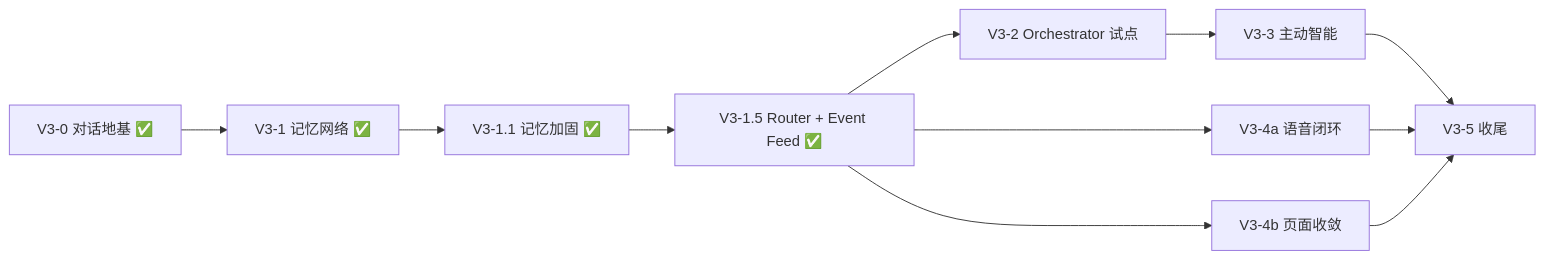
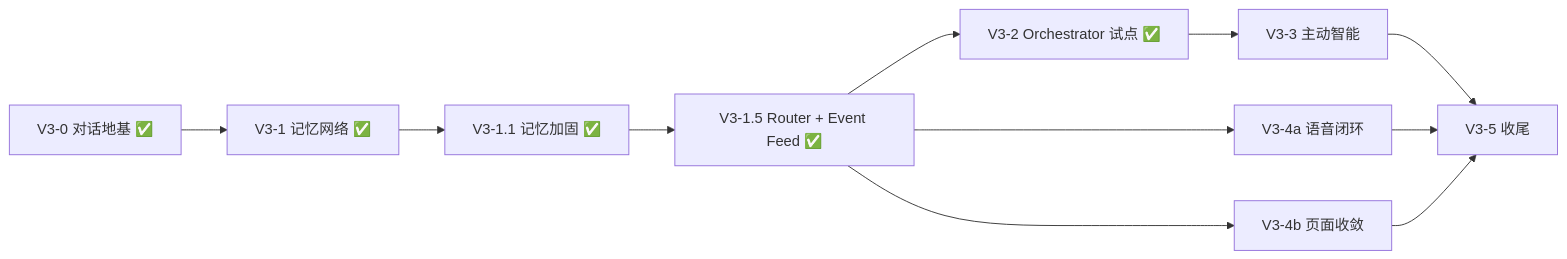
Before and after one commit to Lyb-L-dev/jarvis-os: the second of 2 diagrams in docs/JARVIS_OS_V3_PLAN.md, drawn with Mermaid. The commit also changed other lines of this file and 21 other files, not shown here.

````diff
--- a/docs/JARVIS_OS_V3_PLAN.md
+++ b/docs/JARVIS_OS_V3_PLAN.md
@@ -299,13 +299,13 @@
 ```mermaid
 flowchart LR
     A["V3-0 对话地基 ✅"] --> B["V3-1 记忆网络 ✅"]
     B --> C["V3-1.1 记忆加固 ✅"]
     C --> D["V3-1.5 Router + Event Feed ✅"]
-    D --> E["V3-2 Orchestrator 试点"]
+    D --> E["V3-2 Orchestrator 试点 ✅"]
     E --> F["V3-3 主动智能"]
     D --> G["V3-4a 语音闭环"]
     D --> H["V3-4b 页面收敛"]
     F --> I["V3-5 收尾"]
     G --> I
     H --> I
 ```
````
